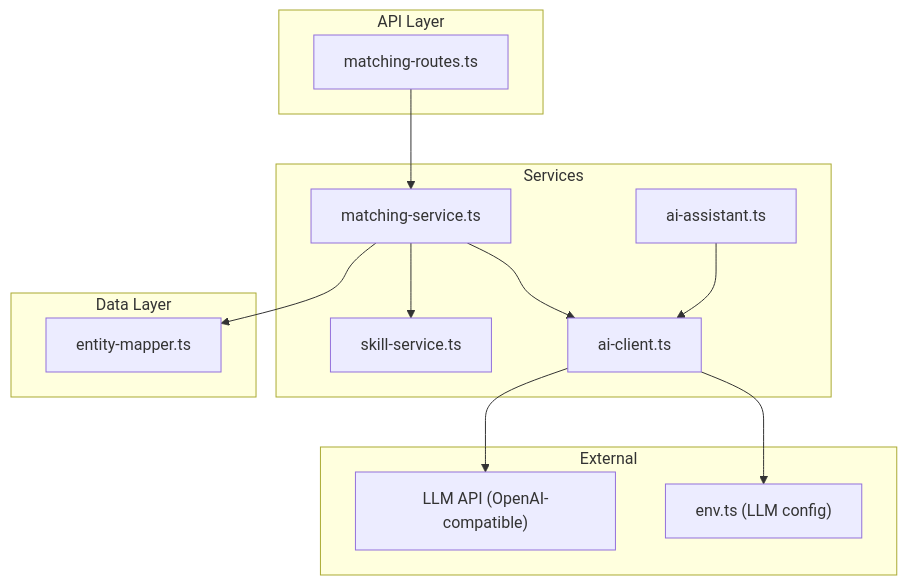
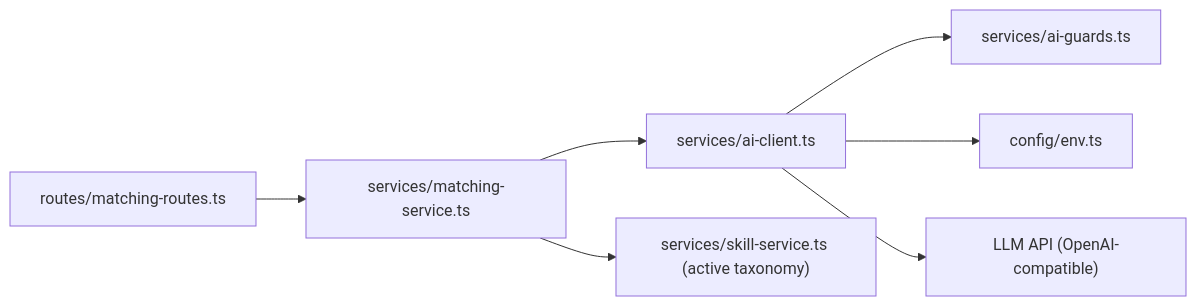
The first of 2 diagrams in docs/architecture/ai-matching.md (ProTechPh/FreelanceXchain-api), drawn with Mermaid before and after one commit. The commit also changed other lines of this file and 21 other files, not shown here.

````diff
--- a/docs/architecture/ai-matching.md
+++ b/docs/architecture/ai-matching.md
@@ -30,26 +37,9 @@
 ```mermaid
-graph TB
-subgraph "API Layer"
-R["matching-routes.ts"]
-end
-subgraph "Services"
-MS["matching-service.ts"]
-AC["ai-client.ts"]
-AA["ai-assistant.ts"]
-SS["skill-service.ts"]
-end
-subgraph "Data Layer"
-EM["entity-mapper.ts"]
-end
-subgraph "External"
-CFG["env.ts (LLM config)"]
-LLM["LLM API (OpenAI-compatible)"]
-end
-R --> MS
-MS --> AC
-MS --> SS
-MS --> EM
-AA --> AC
-AC --> CFG
-AC --> LLM
+graph LR
+Routes["routes/matching-routes.ts"] --> MS["services/matching-service.ts"]
+MS --> AC["services/ai-client.ts"]
+MS --> SS["services/skill-service.ts (active taxonomy)"]
+AC --> AG["services/ai-guards.ts"]
+AC --> CFG["config/env.ts"]
+AC --> LLM["LLM API (OpenAI-compatible)"]
 ```
````
